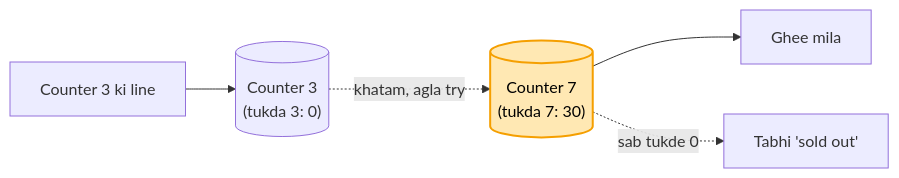
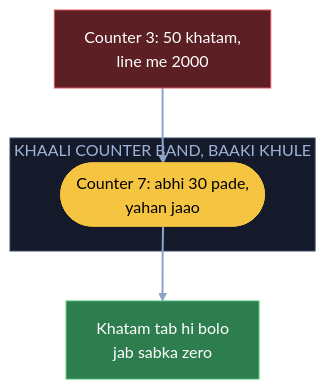
One commit to ArpanMaheshwari144/Prep changed the fourth of 7 diagrams in 04_HLD/SYSTEM_DESIGNS/17_ecommerce/17_ecommerce.md. Above: the diagram before and after it, drawn with Mermaid. The commit also changed other lines of this file, not shown here.

Commit message:
E-commerce: 7 diagram hand notes ke shabdon se (mausi ka mart, godown / shelf, sale gate)

````diff
--- a/04_HLD/SYSTEM_DESIGNS/17_ecommerce/17_ecommerce.md
+++ b/04_HLD/SYSTEM_DESIGNS/17_ecommerce/17_ecommerce.md
@@ -105,8 +142,16 @@
 ```mermaid
-flowchart LR
-    U["Counter 3 ki line"] --> C3[("Counter 3<br/>(tukda 3: 0)")]
-    C3 -. "khatam, agla try" .-> C7[("Counter 7<br/>(tukda 7: 30)")]
-    C7 --> OK["Ghee mila"]
-    C7 -. "sab tukde 0" .-> SO["Tabhi 'sold out'"]
-    style C7 fill:#ffe8b3,stroke:#f59f00,stroke-width:2px,color:#000
+flowchart TB
+    C3["Counter 3: 50 khatam,<br/>line me 2000"]:::bad
+    subgraph KB["KHAALI COUNTER BAND, BAAKI KHULE"]
+        C7(["Counter 7: abhi 30 pade,<br/>yahan jaao"]):::pill
+    end
+    S["Khatam tab hi bolo<br/>jab sabka zero"]:::good
+    C3 --> C7
+    C7 --> S
+    linkStyle default stroke:#8fa3c7,stroke-width:2px
+    classDef card fill:#1e2638,stroke:#3a4a6b,color:#e8ecf5
+    classDef pill fill:#f5c542,stroke:#f5c542,color:#000
+    classDef good fill:#2e7d4f,stroke:#3fbf6f,color:#fff
+    classDef bad fill:#5c1f24,stroke:#e05561,color:#fff
+    style KB fill:#141a29,stroke:#3a4a6b,color:#9fb3d9
 ```
````
